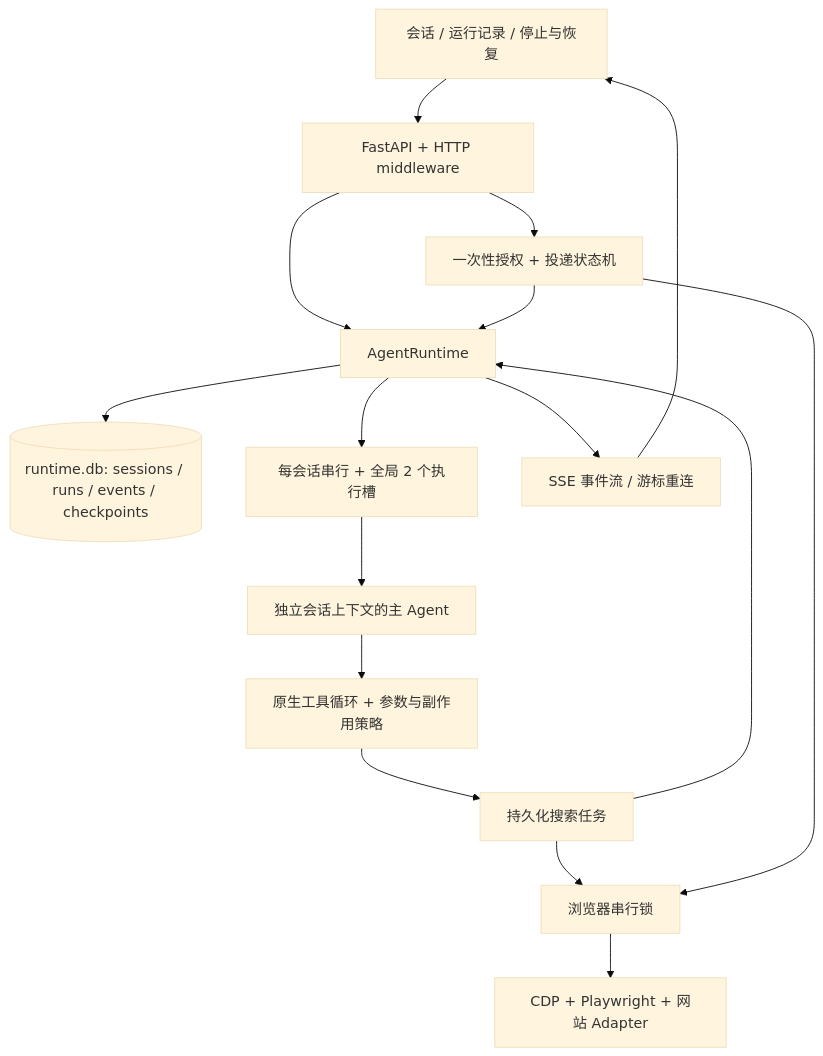
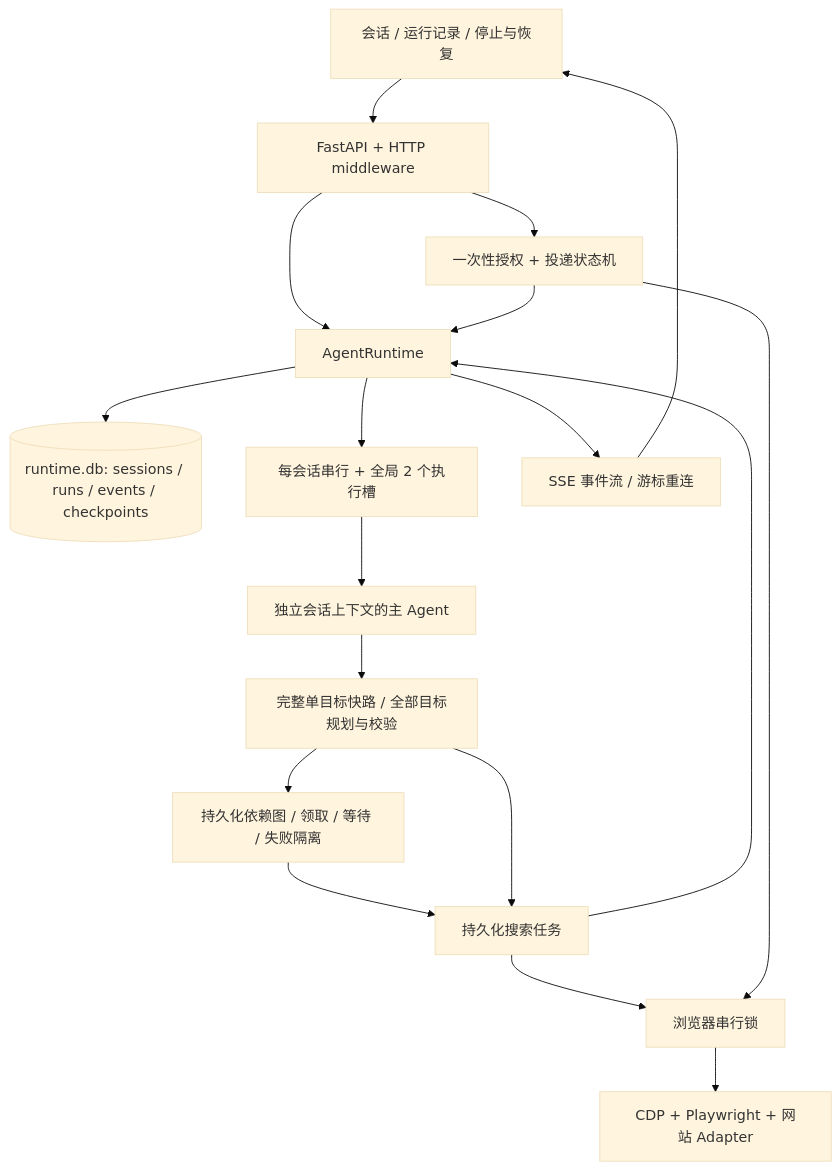
The diagram in docs/agent-runtime.md (7r1nity/AutoHunt), drawn with Mermaid (base theme) before and after one commit. The commit also changed other lines of this file and 22 other files, not shown here.

````diff
--- a/docs/agent-runtime.md
+++ b/docs/agent-runtime.md
@@ -7,18 +7,20 @@
 ```mermaid
 flowchart TD
   UI[会话 / 运行记录 / 停止与恢复] --> API[FastAPI + HTTP middleware]
   API --> Runtime[AgentRuntime]
   Runtime --> Store[(runtime.db: sessions / runs / events / checkpoints)]
   Runtime --> Order[每会话串行 + 全局 2 个执行槽]
   Order --> Agent[独立会话上下文的主 Agent]
-  Agent --> Tools[原生工具循环 + 参数与副作用策略]
+  Agent --> Tools[完整单目标快路 / 全部目标规划与校验]
+  Tools --> Steps[持久化依赖图 / 领取 / 等待 / 失败隔离]
+  Steps --> Browser
   Tools --> Browser[持久化搜索任务]
   API --> Delivery[一次性授权 + 投递状态机]
   Browser --> Lock[浏览器串行锁]
   Delivery --> Lock
   Lock --> Chrome[CDP + Playwright + 网站 Adapter]
   Browser --> Runtime
   Delivery --> Runtime
   Runtime --> Events[SSE 事件流 / 游标重连]
   Events --> UI
 ```
````
